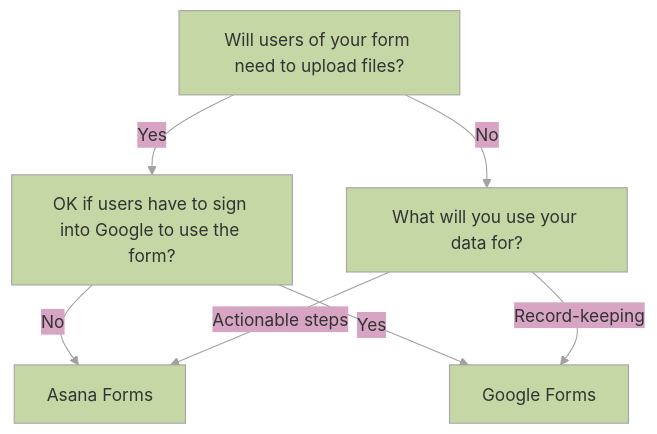
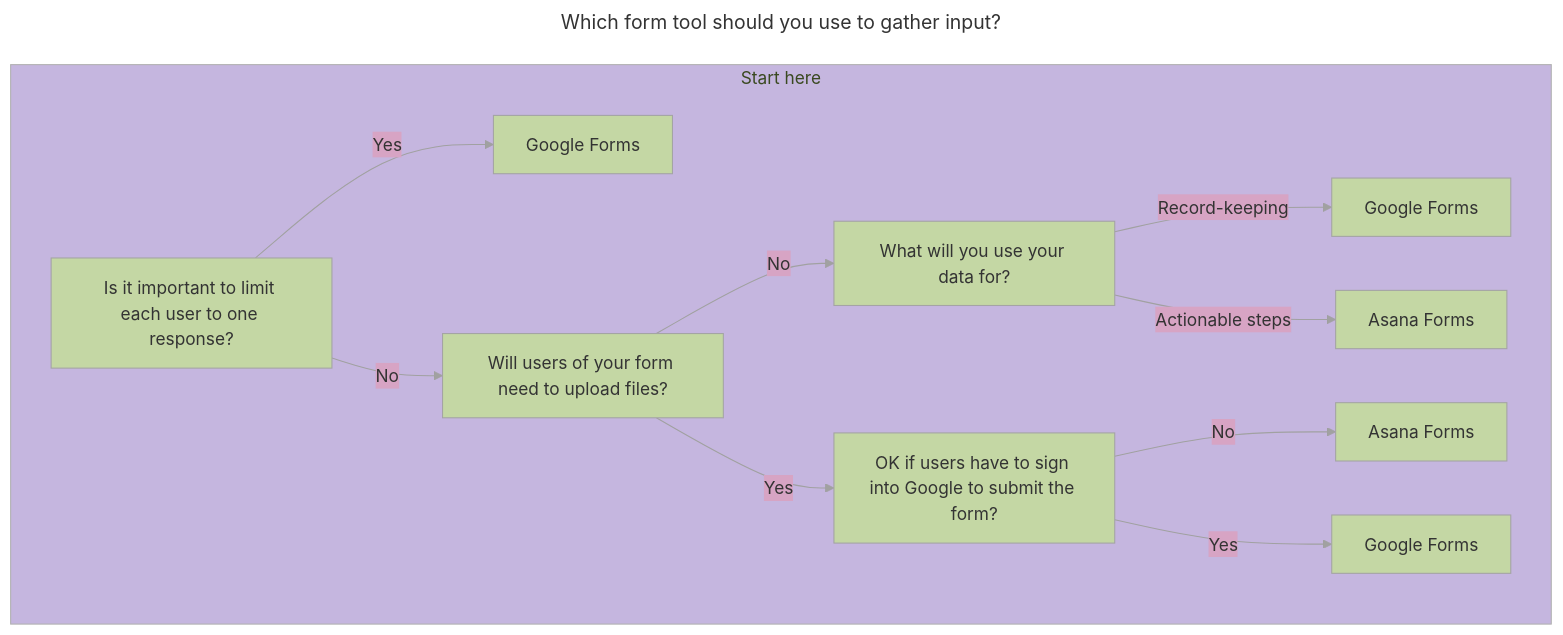
One commit to ConservationColorado/conservationcolorado.github.io changed the diagram in content/en/blog/google-forms-asana-forms/index.md. Above: the diagram before and after it, drawn with Mermaid. The commit also changed other lines of this file and 2 other files, not shown here.

Commit message:
Posts: Google v Asana forms

```diff
--- a/content/en/blog/google-forms-asana-forms/index.md
+++ b/content/en/blog/google-forms-asana-forms/index.md
@@ -26,25 +25,33 @@
 {{< mermaid class="bg-light text-center" >}}
+---
+
+title: Which form tool should you use to gather input?
+
+---
 %%{
   init: {
     'theme': 'base',
     'themeVariables': {
       'primaryColor': '#C4D7A4',
       'lineColor': '#A1A1A1',
       'arrowheadColor': 'A1A1A1'
     }
   }
 }%%
 flowchart TD
-  start -->|Yes| sign
-  start -->|No| data
-  sign  -->|No| a-forms
-  sign  -->|Yes| g-forms
-  data  -->|Record-keeping| g-forms
-  data  -->|Actionable steps| a-forms
+  subgraph bg[Start here]
+    resp  -->|Yes| google0[Google Forms]
+    resp  -->|No| files
+    files -->|Yes| sign
+    files -->|No| data
+    data  -->|Record-keeping| google1[Google Forms]
+    data  -->|Actionable steps| asana0[Asana Forms]
+    sign  -->|No| asana1[Asana Forms]
+    sign  -->|Yes| google2[Google Forms]
+  end
 
-  start[Will users of your form need to upload files?]
-  sign[OK if users have to sign into Google to use the form?]
+  resp[Is it important to limit each user to one response?]
+  files[Will users of your form need to upload files?]
+  sign[OK if users have to sign into Google to submit the form?]
   data[What will you use your data for?]
-  g-forms[Google Forms]
-  a-forms[Asana Forms]
 {{< /mermaid >}}
```
